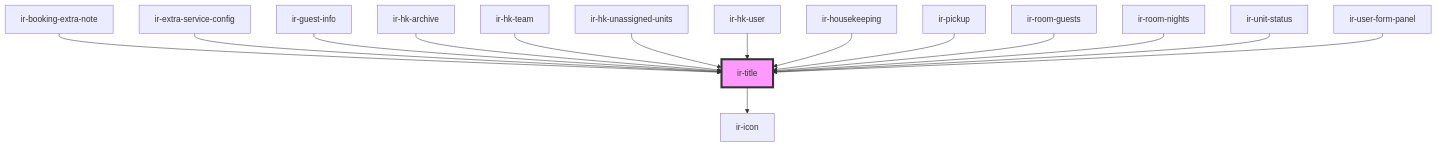
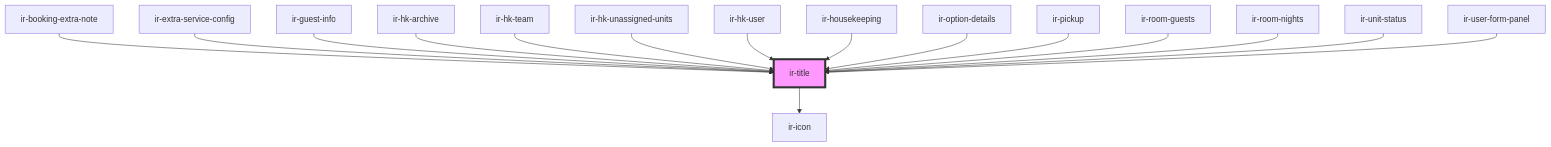
The diagram in src/components/ir-title/readme.md (David1Chowaifaty/modified-ir-webcmp), drawn with Mermaid before and after one commit. The commit also changed other lines of this file and 15 other files, not shown here.

````diff
--- a/src/components/ir-title/readme.md
+++ b/src/components/ir-title/readme.md
@@ -48,18 +49,19 @@
 ```mermaid
 graph TD;
   ir-title --> ir-icon
   ir-booking-extra-note --> ir-title
   ir-extra-service-config --> ir-title
   ir-guest-info --> ir-title
   ir-hk-archive --> ir-title
   ir-hk-team --> ir-title
   ir-hk-unassigned-units --> ir-title
   ir-hk-user --> ir-title
   ir-housekeeping --> ir-title
+  ir-option-details --> ir-title
   ir-pickup --> ir-title
   ir-room-guests --> ir-title
   ir-room-nights --> ir-title
   ir-unit-status --> ir-title
   ir-user-form-panel --> ir-title
   style ir-title fill:#f9f,stroke:#333,stroke-width:4px
 ```
````
